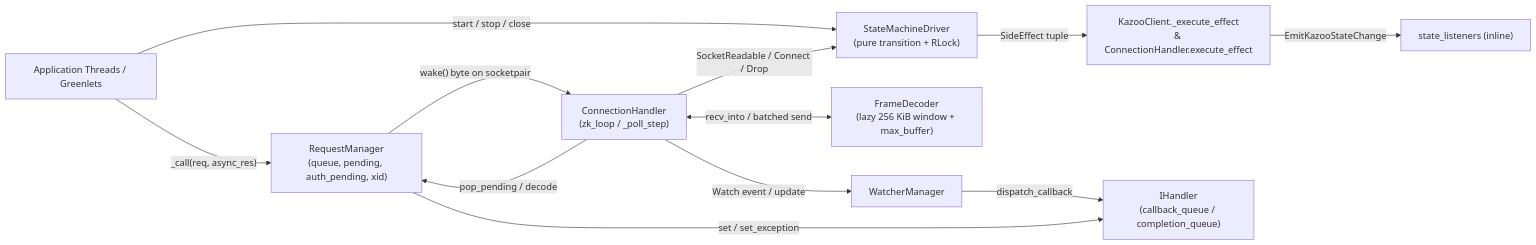
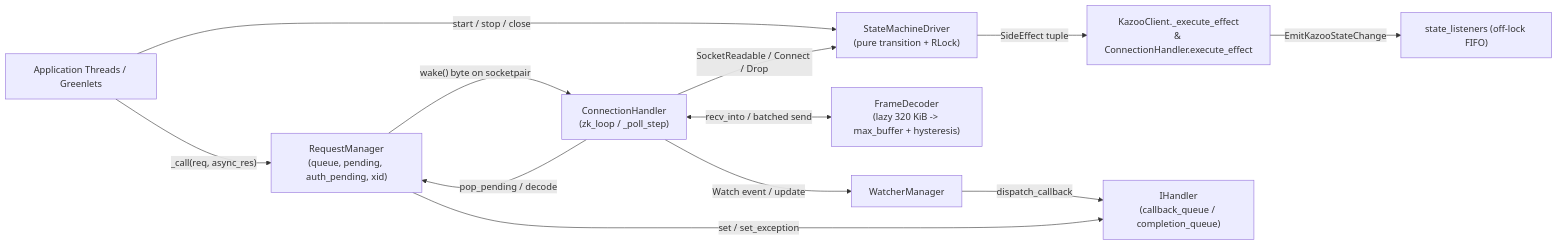
One commit to ceache/kazoo changed the first of 4 diagrams in DESIGN.md. Above: the diagram before and after it, drawn with Mermaid. The commit also changed other lines of this file and 1 other file, not shown here.

First line of the commit message:
fixup! docs: document Sans-I/O state machine, FrameDecoder architecture, and release notes

````diff
--- a/DESIGN.md
+++ b/DESIGN.md
@@ -20,14 +20,14 @@
 ```mermaid
 flowchart LR
     Caller["Application Threads / Greenlets"] -->|"_call(req, async_res)"| RM["RequestManager<br/>(queue, pending, auth_pending, xid)"]
     Caller -->|"start / stop / close"| SM["StateMachineDriver<br/>(pure transition + RLock)"]
     RM -->|"wake() byte on socketpair"| Loop["ConnectionHandler<br/>(zk_loop / _poll_step)"]
     Loop -->|"SocketReadable / Connect / Drop"| SM
     SM -->|"SideEffect tuple"| Exec["KazooClient._execute_effect<br/>& ConnectionHandler.execute_effect"]
-    Exec -->|"EmitKazooStateChange"| Listeners["state_listeners (inline)"]
-    Loop <-->|"recv_into / batched send"| FD["FrameDecoder<br/>(lazy 256 KiB window + max_buffer)"]
+    Exec -->|"EmitKazooStateChange"| Listeners["state_listeners (off-lock FIFO)"]
+    Loop <-->|"recv_into / batched send"| FD["FrameDecoder<br/>(lazy 320 KiB -> max_buffer + hysteresis)"]
     Loop -->|"pop_pending / decode"| RM
     Loop -->|"Watch event / update"| WM["WatcherManager"]
     WM -->|"dispatch_callback"| Handler["IHandler<br/>(callback_queue / completion_queue)"]
     RM -->|"set / set_exception"| Handler
 ```
````
